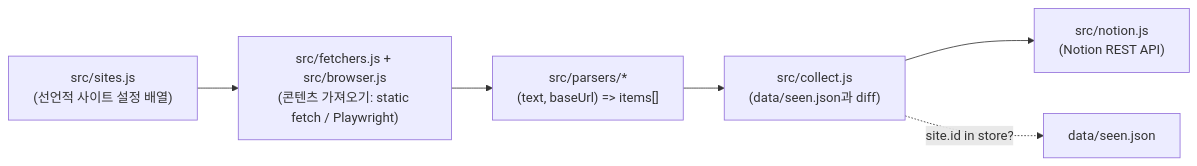
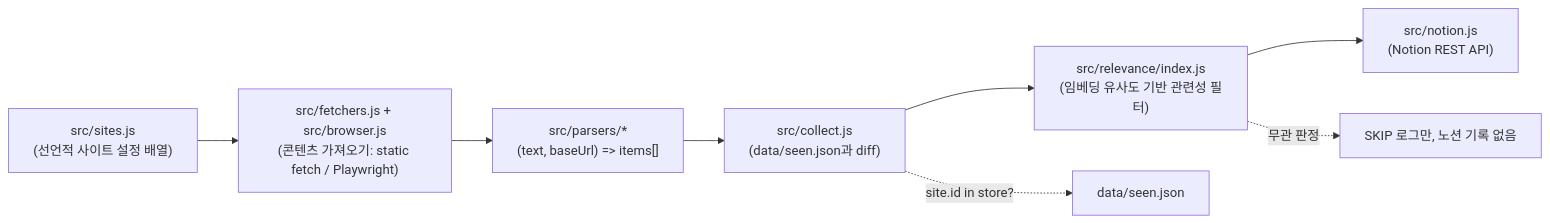
One commit to kangmin04/knu-notice-collector changed the diagram in docs/architecture.md. Above: the diagram before and after it, drawn with Mermaid. The commit also changed other lines of this file and 20 other files, not shown here.

First line of the commit message:
feat: 임베딩 기반 IT 관련성 필터 도입

````diff
--- a/docs/architecture.md
+++ b/docs/architecture.md
@@ -5,11 +5,13 @@
 ```mermaid
 flowchart LR
     sites["src/sites.js\n(선언적 사이트 설정 배열)"]
     fetchers["src/fetchers.js + src/browser.js\n(콘텐츠 가져오기: static fetch / Playwright)"]
     parsers["src/parsers/*\n(text, baseUrl) => items[]"]
     diff["src/collect.js\n(data/seen.json과 diff)"]
+    relevance["src/relevance/index.js\n(임베딩 유사도 기반 관련성 필터)"]
     notion["src/notion.js\n(Notion REST API)"]
 
-    sites --> fetchers --> parsers --> diff --> notion
+    sites --> fetchers --> parsers --> diff --> relevance --> notion
     diff -. "site.id in store?" .-> store["data/seen.json"]
+    relevance -. "무관 판정" .-> skip["SKIP 로그만, 노션 기록 없음"]
 ```
````
